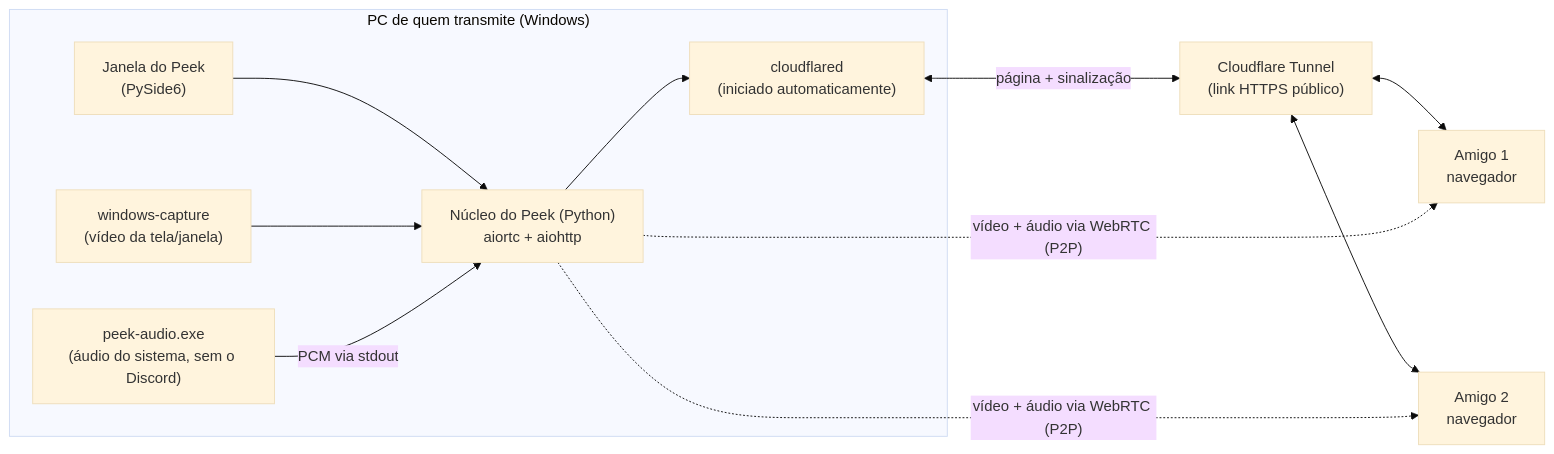
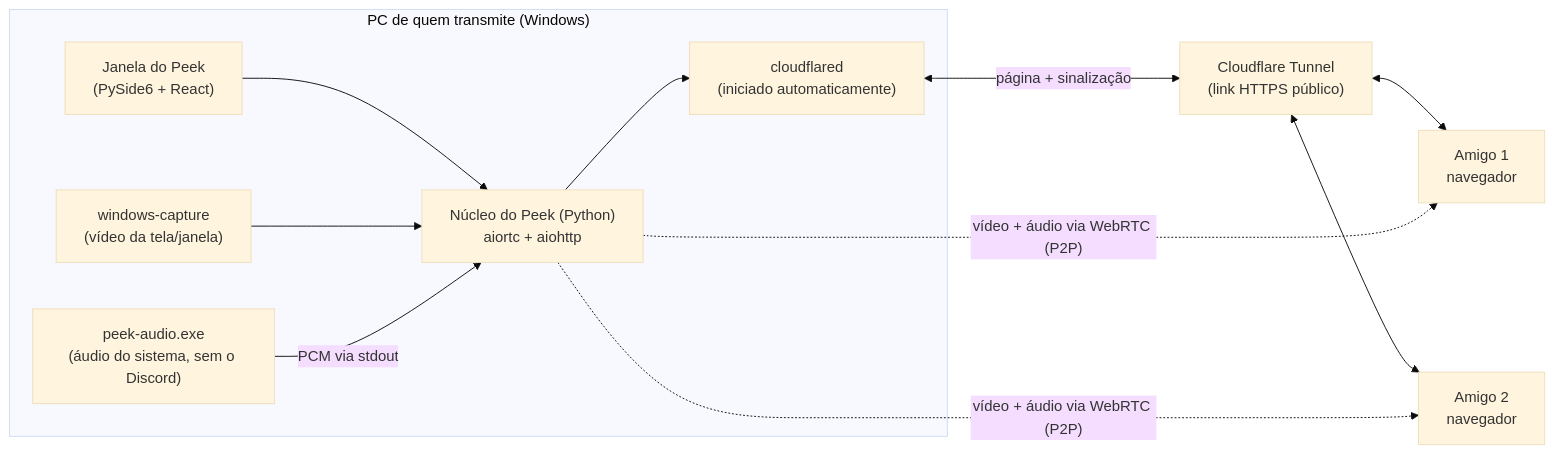
One commit to jkymie/Peek changed the diagram in README.md. Above: the diagram before and after it, drawn with Mermaid (base theme). The commit also changed other lines of this file and 34 other files, not shown here.

First line of the commit message:
Interfaces da janela e do espectador em React

````diff
--- a/README.md
+++ b/README.md
@@ -100,17 +100,17 @@
 ```mermaid
 flowchart LR
     subgraph PC["PC de quem transmite (Windows)"]
-        GUI["Janela do Peek<br/>(PySide6)"] --> APP
+        GUI["Janela do Peek<br/>(PySide6 + React)"] --> APP
         WC["windows-capture<br/>(vídeo da tela/janela)"] --> APP
         AH["peek-audio.exe<br/>(áudio do sistema, sem o Discord)"] -->|PCM via stdout| APP
         APP["Núcleo do Peek (Python)<br/>aiortc + aiohttp"]
         APP --> CFD["cloudflared<br/>(iniciado automaticamente)"]
     end
 
     CFD <-->|página + sinalização| CF["Cloudflare Tunnel<br/>(link HTTPS público)"]
     CF <--> V1["Amigo 1<br/>navegador"]
     CF <--> V2["Amigo 2<br/>navegador"]
 
     APP -. "vídeo + áudio via WebRTC (P2P)" .-> V1
     APP -. "vídeo + áudio via WebRTC (P2P)" .-> V2
 ```
````
